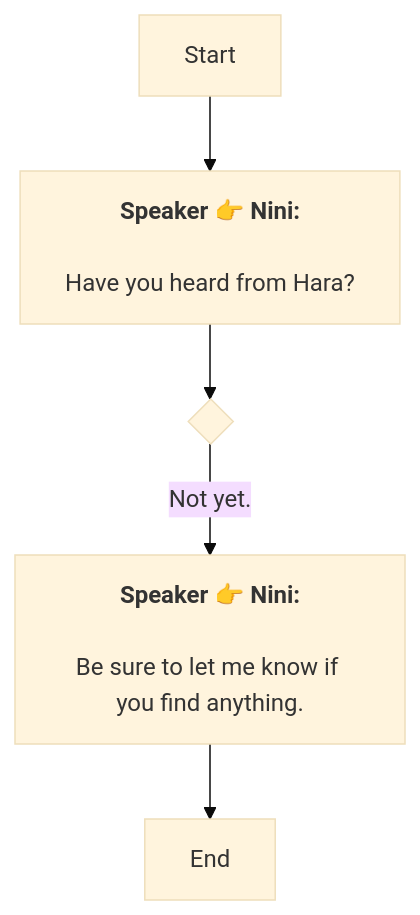
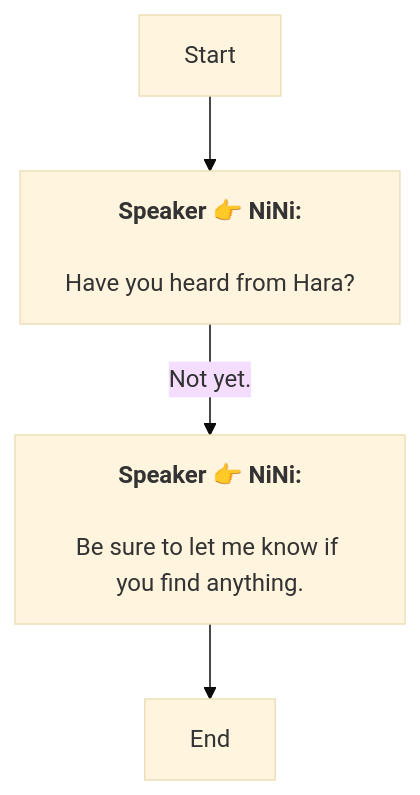
The diagram in En/AddDialogNode_1770751067503788.md (SoftHu/tos_avg), drawn with Mermaid (base theme) before and after one commit. The commit also changed 737 other files, not shown here.

````diff
--- a/En/AddDialogNode_1770751067503788.md
+++ b/En/AddDialogNode_1770751067503788.md
@@ -1,12 +1,9 @@
 ```mermaid
 graph
-Start -->1770751111268578[<b>Speaker 👉 Nini:</b>
-
-Have you heard from Hara?]
-1770751111268578 -->1770751111294211{ }
-1770751111294211 -->|Not yet.|1770751111293185[<b>Speaker 👉 Nini:</b>
-
-Be sure to let me know if you find anything.]
+Start -->1770751111268578[<b>Speaker 👉 NiNi:</b>
+\nHave you heard from Hara?]
+1770751111268578 -->|Not yet.|1770751111293185[<b>Speaker 👉 NiNi:</b>
+\nBe sure to let me know if you find anything.]
 1770751111293185 -->1770751111272680[End]
 
- ```
+```
````
